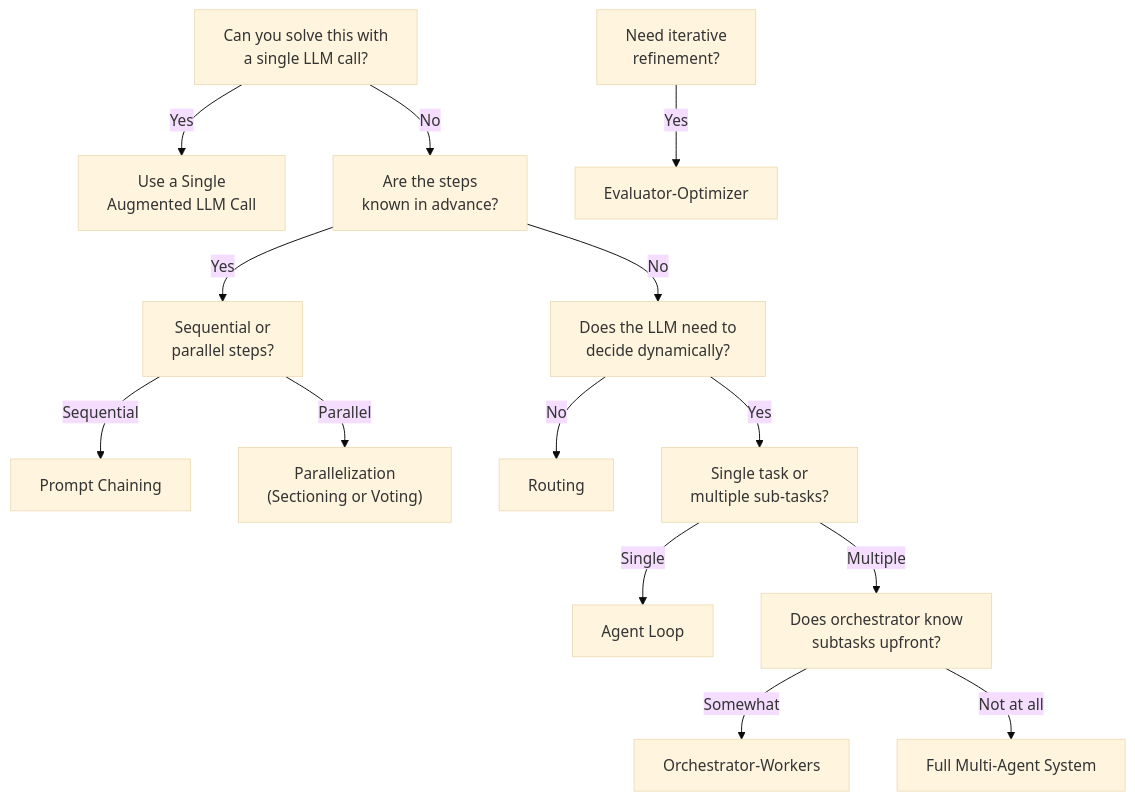
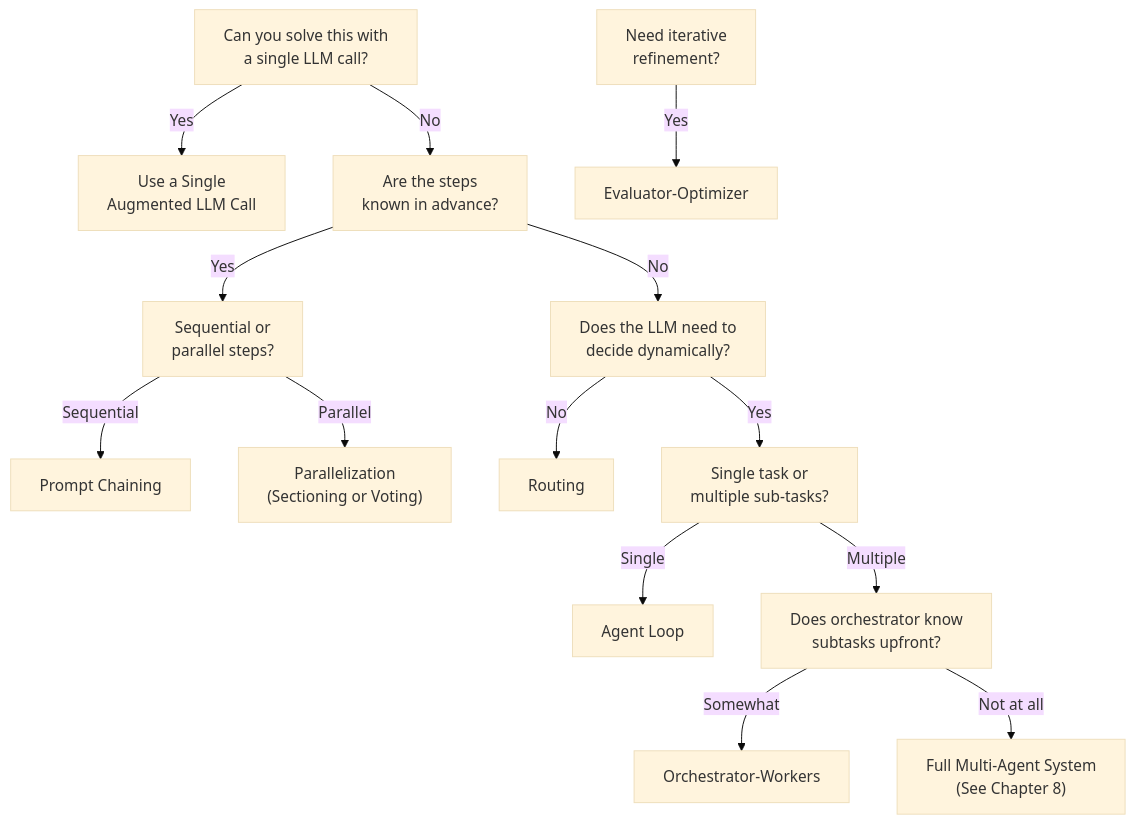
Diagram 29 of 29 in building-effective-agents.md (machinedge/building-effective-agents), drawn with Mermaid (base theme) before and after one commit. The commit also changed other lines of this file, not shown here.

Commit message:
added chapter on multiagent systems

````diff
--- a/building-effective-agents.md
+++ b/building-effective-agents.md
@@ -1799,17 +2117,17 @@
 ```mermaid
 graph TD
     Start["Can you solve this with<br/>a single LLM call?"] -->|Yes| Single["Use a Single<br/>Augmented LLM Call"]
     Start -->|No| Known["Are the steps<br/>known in advance?"]
     Known -->|Yes| SeqPar["Sequential or<br/>parallel steps?"]
     Known -->|No| Dynamic["Does the LLM need to<br/>decide dynamically?"]
     SeqPar -->|Sequential| Chain["Prompt Chaining"]
     SeqPar -->|Parallel| Parallel["Parallelization<br/>(Sectioning or Voting)"]
     Dynamic -->|No| Route["Routing"]
     Dynamic -->|Yes| Scope["Single task or<br/>multiple sub-tasks?"]
     Scope -->|Single| Agent["Agent Loop"]
     Scope -->|Multiple| SubKnown["Does orchestrator know<br/>subtasks upfront?"]
     SubKnown -->|Somewhat| OW["Orchestrator-Workers"]
-    SubKnown -->|Not at all| Multi["Full Multi-Agent System"]
+    SubKnown -->|Not at all| Multi["Full Multi-Agent System<br/>(See Chapter 8)"]
 
     Refine["Need iterative<br/>refinement?"] -->|Yes| EvalOpt["Evaluator-Optimizer"]
 ```
````
